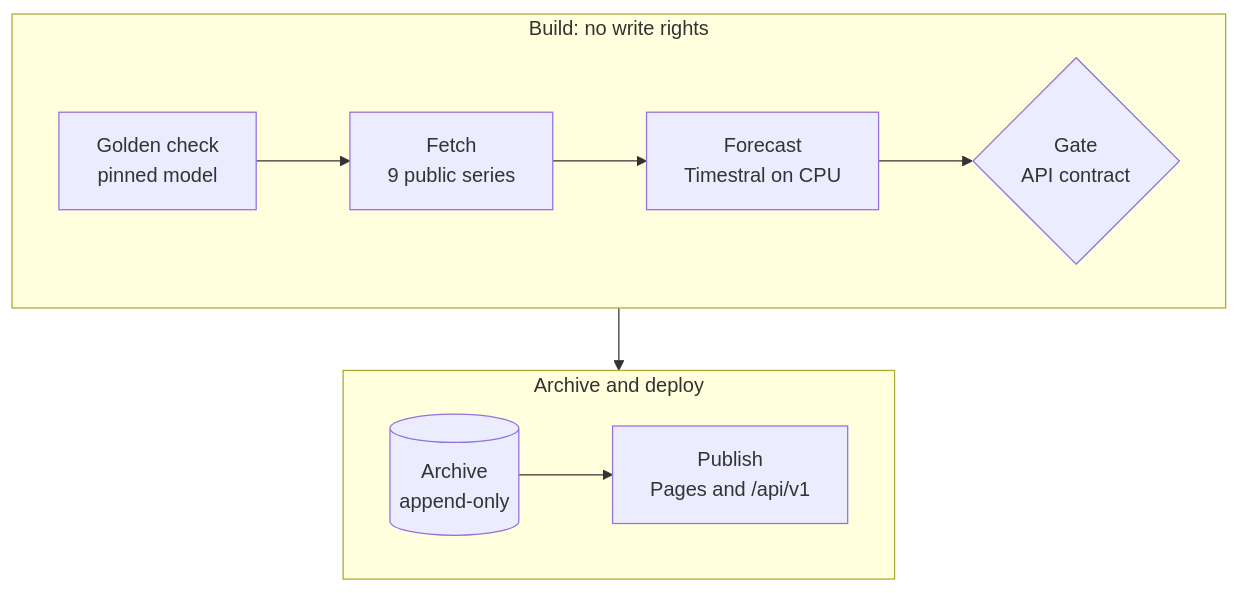
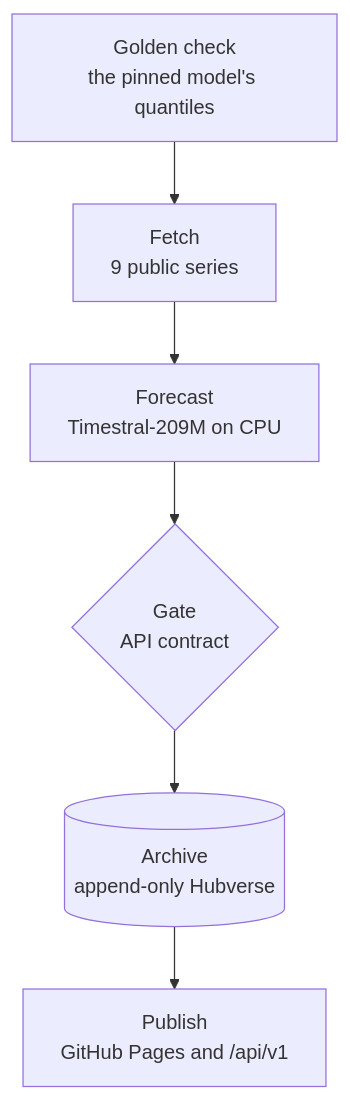
The diagram in README.md (exdsgift/aseri), drawn with Mermaid before and after one commit.

Commit message:
docs: the daily run as one column GitHub can draw
GitHub's viewer could not render the two-lane diagram with subgraphs, though
Mermaid 10 and 11 both do. One chain, top to bottom, stays legible at the
README's width and clear of the viewer's controls.

Claude-Session: https://claude.ai/code/session_01KExS8oGLzUaYBNCb4f5XcY

````diff
--- a/README.md
+++ b/README.md
@@ -89,14 +89,8 @@
 ```mermaid
 flowchart TB
-  subgraph build ["Build: no write rights"]
-    direction LR
-    golden["Golden check<br/>pinned model"] --> fetch["Fetch<br/>9 public series"]
-    fetch --> forecast["Forecast<br/>Timestral on CPU"]
-    forecast --> gate{"Gate<br/>API contract"}
-  end
-  subgraph ship ["Archive and deploy"]
-    direction LR
-    archive[("Archive<br/>append-only")] --> publish["Publish<br/>Pages and /api/v1"]
-  end
-  build --> ship
+  golden["Golden check<br/>the pinned model's quantiles"] --> fetch["Fetch<br/>9 public series"]
+  fetch --> forecast["Forecast<br/>Timestral-209M on CPU"]
+  forecast --> gate{"Gate<br/>API contract"}
+  gate --> archive[("Archive<br/>append-only Hubverse")]
+  archive --> publish["Publish<br/>GitHub Pages and /api/v1"]
 ```
````
